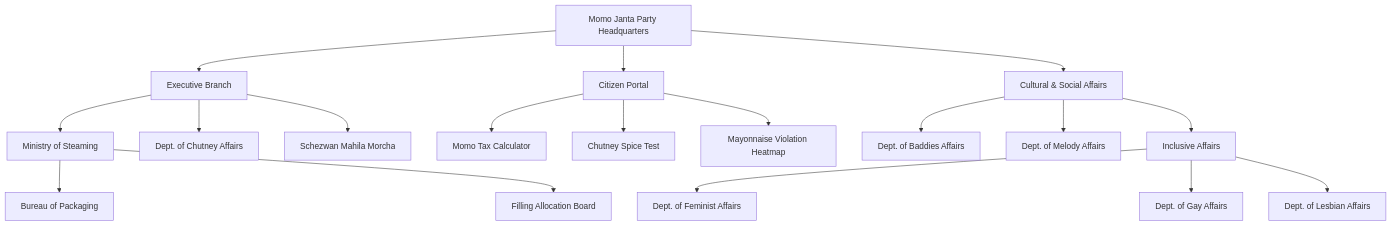
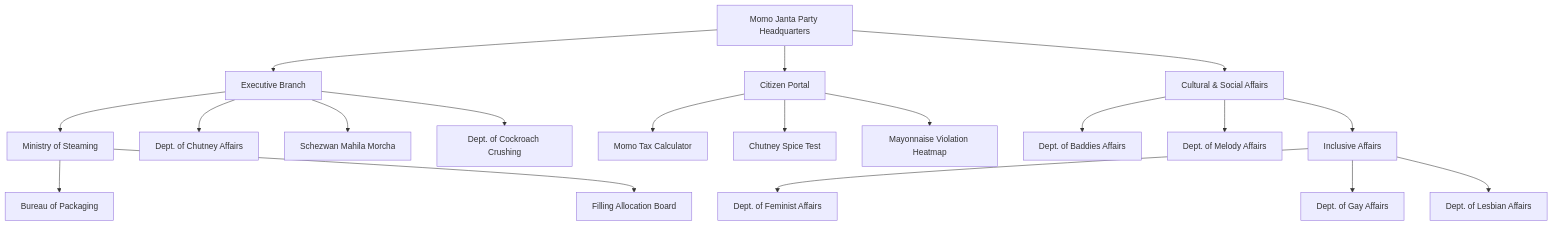
The diagram in README.md (momo-janta-party/momo-janta-party), drawn with Mermaid before and after one commit. The commit also changed other lines of this file and 12 other files, not shown here.

Commit message:
feat: add Dept of Cockroach Crushing and image galleries for all departments

````diff
--- a/README.md
+++ b/README.md
@@ -101,24 +102,25 @@
 ```mermaid
 graph TD;
     MJP[Momo Janta Party Headquarters] --> Exec[Executive Branch];
     MJP --> Portal[Citizen Portal];
     
     Exec --> MinSteam[Ministry of Steaming];
     Exec --> Chutney[Dept. of Chutney Affairs];
     Exec --> Morcha[Schezwan Mahila Morcha];
+    Exec --> Cockroach[Dept. of Cockroach Crushing];
     
     MinSteam --> Packaging[Bureau of Packaging];
     MinSteam --> Filling[Filling Allocation Board];
     
     Portal --> Tax[Momo Tax Calculator];
     Portal --> Spice[Chutney Spice Test];
     Portal --> Heatmap[Mayonnaise Violation Heatmap];
     
     MJP --> Cultural[Cultural & Social Affairs];
     Cultural --> Baddies[Dept. of Baddies Affairs];
     Cultural --> Melody[Dept. of Melody Affairs];
     Cultural --> Inclusive[Inclusive Affairs];
     Inclusive --> Feminist[Dept. of Feminist Affairs];
     Inclusive --> Gay[Dept. of Gay Affairs];
     Inclusive --> Lesbian[Dept. of Lesbian Affairs];
 ```
````
